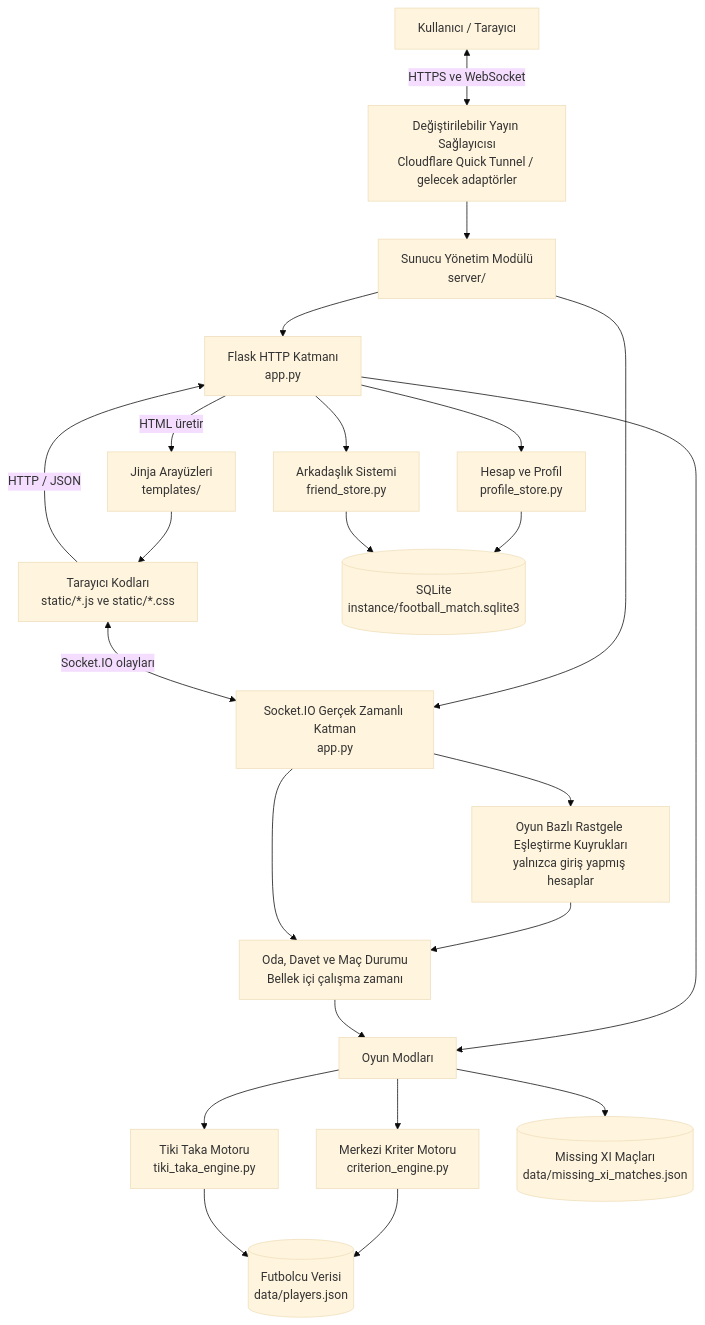
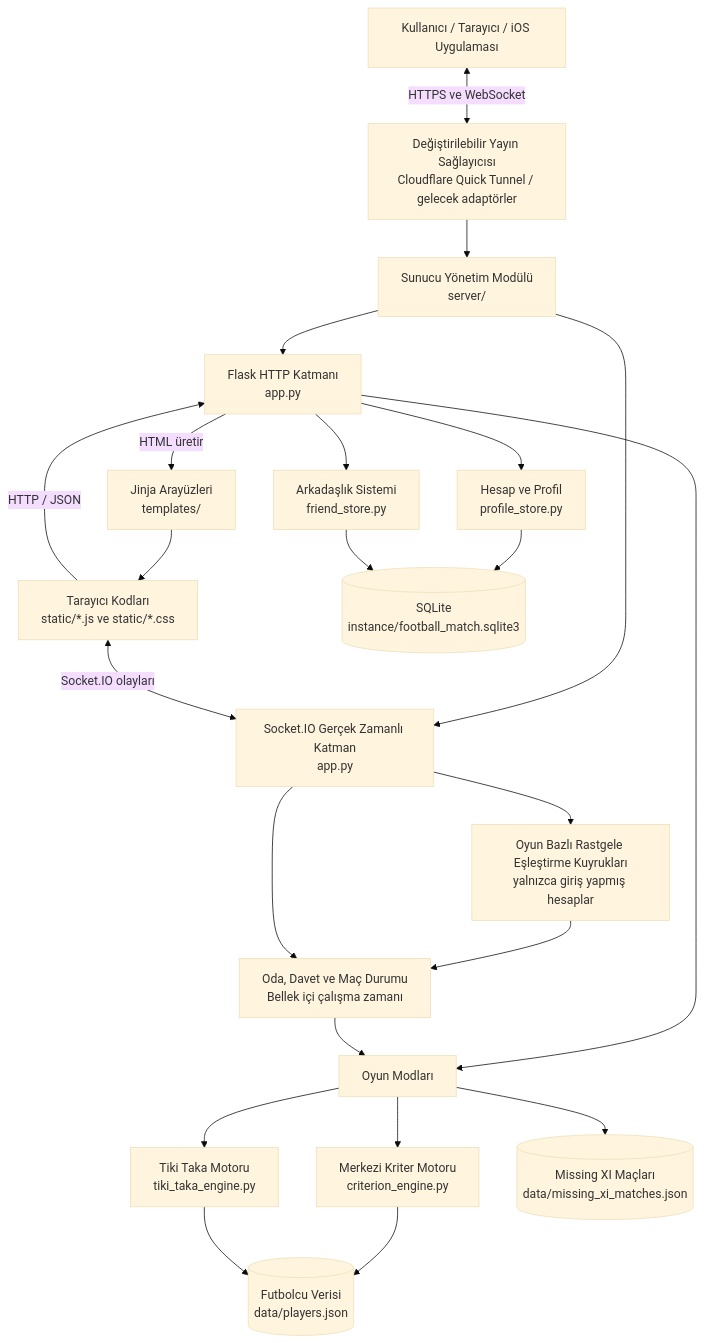
One commit to emirdurak5934/Hex_FootBall changed the first of 7 diagrams in PROJECT_WORKFLOW.md. Above: the diagram before and after it, drawn with Mermaid (base theme). The commit also changed other lines of this file and 28 other files, not shown here.

````diff
--- a/PROJECT_WORKFLOW.md
+++ b/PROJECT_WORKFLOW.md
@@ -15,36 +15,36 @@
 ```mermaid
 flowchart TD
-    USER["Kullanıcı / Tarayıcı"]
+    USER["Kullanıcı / Tarayıcı / iOS Uygulaması"]
     PUBLIC["Değiştirilebilir Yayın Sağlayıcısı<br/>Cloudflare Quick Tunnel / gelecek adaptörler"]
     SERVER["Sunucu Yönetim Modülü<br/>server/"]
     HTTP["Flask HTTP Katmanı<br/>app.py"]
     SOCKET["Socket.IO Gerçek Zamanlı Katman<br/>app.py"]
     MATCHMAKING["Oyun Bazlı Rastgele Eşleştirme Kuyrukları<br/>yalnızca giriş yapmış hesaplar"]
     UI["Jinja Arayüzleri<br/>templates/"]
     FRONTEND["Tarayıcı Kodları<br/>static/*.js ve static/*.css"]
 
     USER <-->|"HTTPS ve WebSocket"| PUBLIC
     PUBLIC --> SERVER
     SERVER --> HTTP
     SERVER --> SOCKET
     HTTP -->|"HTML üretir"| UI
     UI --> FRONTEND
     FRONTEND -->|"HTTP / JSON"| HTTP
     FRONTEND <-->|"Socket.IO olayları"| SOCKET
 
     HTTP --> AUTH["Hesap ve Profil<br/>profile_store.py"]
     HTTP --> SOCIAL["Arkadaşlık Sistemi<br/>friend_store.py"]
     HTTP --> GAMES["Oyun Modları"]
     SOCKET --> MATCHMAKING
     MATCHMAKING --> ROOMS["Oda, Davet ve Maç Durumu<br/>Bellek içi çalışma zamanı"]
     SOCKET --> ROOMS
     ROOMS --> GAMES
 
     AUTH --> SQLITE[("SQLite<br/>instance/football_match.sqlite3")]
     SOCIAL --> SQLITE
     GAMES --> CRITERIA["Merkezi Kriter Motoru<br/>criterion_engine.py"]
     GAMES --> TIKI["Tiki Taka Motoru<br/>tiki_taka_engine.py"]
     CRITERIA --> PLAYERS[("Futbolcu Verisi<br/>data/players.json")]
     TIKI --> PLAYERS
     GAMES --> XI[("Missing XI Maçları<br/>data/missing_xi_matches.json")]
 ```
````
